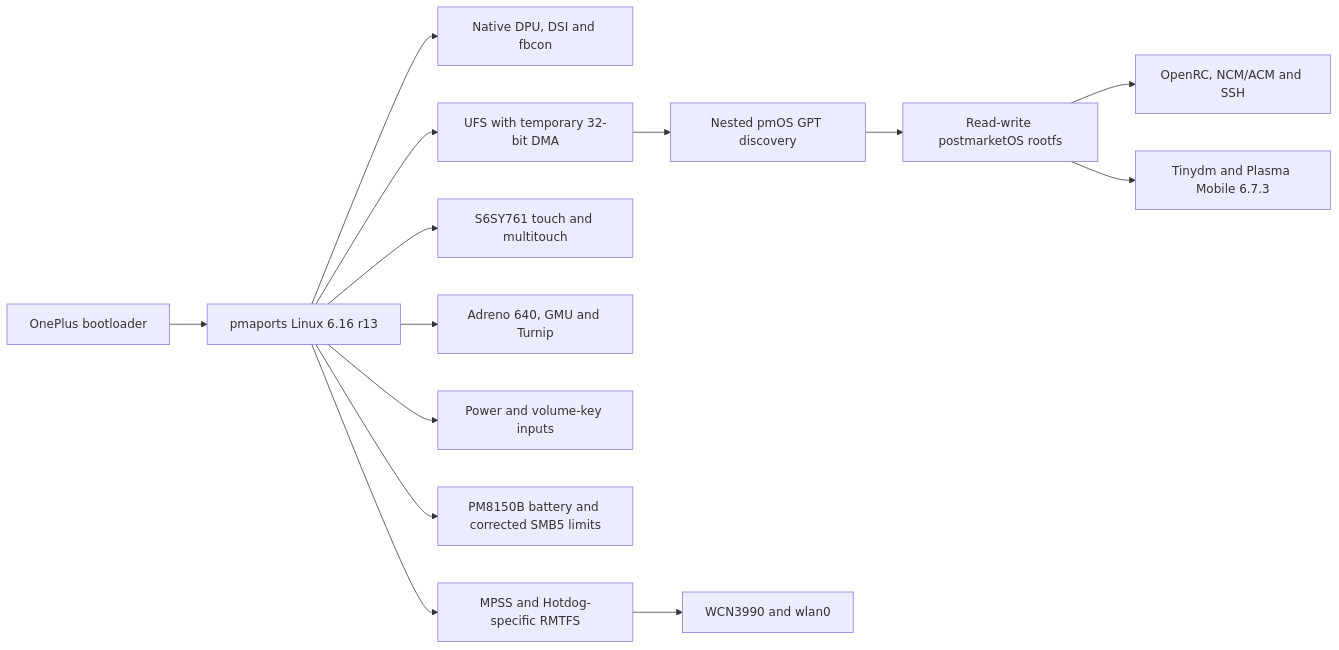
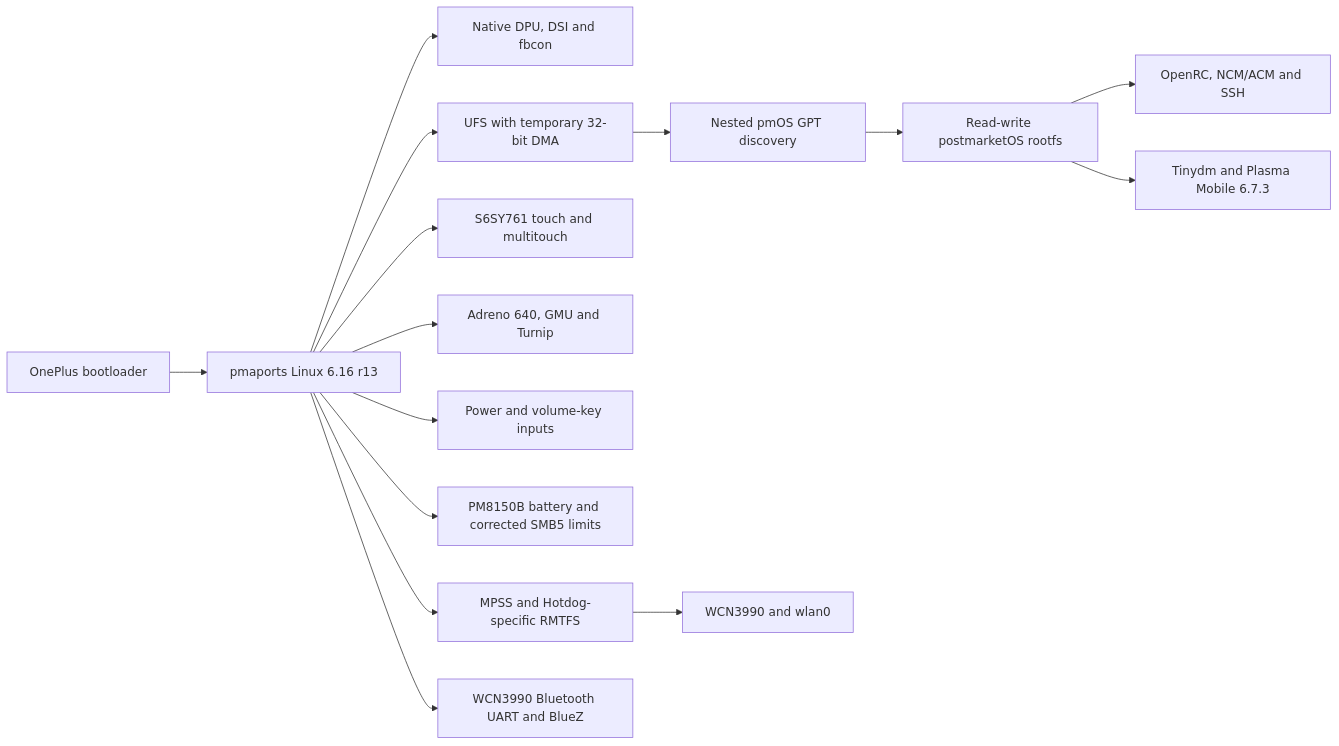
Before and after one commit to Sr-0w/hotdog-linux-bringup: the diagram in README.md, drawn with Mermaid. The commit also changed other lines of this file and 11 other files, not shown here.

Commit message:
bluetooth: enable WCN3990 UART and firmware

````diff
--- a/README.md
+++ b/README.md
@@ -199,16 +210,17 @@
 ```mermaid
 flowchart LR
     A["OnePlus bootloader"] --> B["pmaports Linux 6.16 r13"]
     B --> C["Native DPU, DSI and fbcon"]
     B --> D["UFS with temporary 32-bit DMA"]
     D --> E["Nested pmOS GPT discovery"]
     E --> F["Read-write postmarketOS rootfs"]
     F --> G["OpenRC, NCM/ACM and SSH"]
     F --> L["Tinydm and Plasma Mobile 6.7.3"]
     B --> H["S6SY761 touch and multitouch"]
     B --> I["Adreno 640, GMU and Turnip"]
     B --> J["Power and volume-key inputs"]
     B --> K["PM8150B battery and corrected SMB5 limits"]
     B --> M["MPSS and Hotdog-specific RMTFS"]
     M --> N["WCN3990 and wlan0"]
+    B --> O["WCN3990 Bluetooth UART and BlueZ"]
 ```
````
